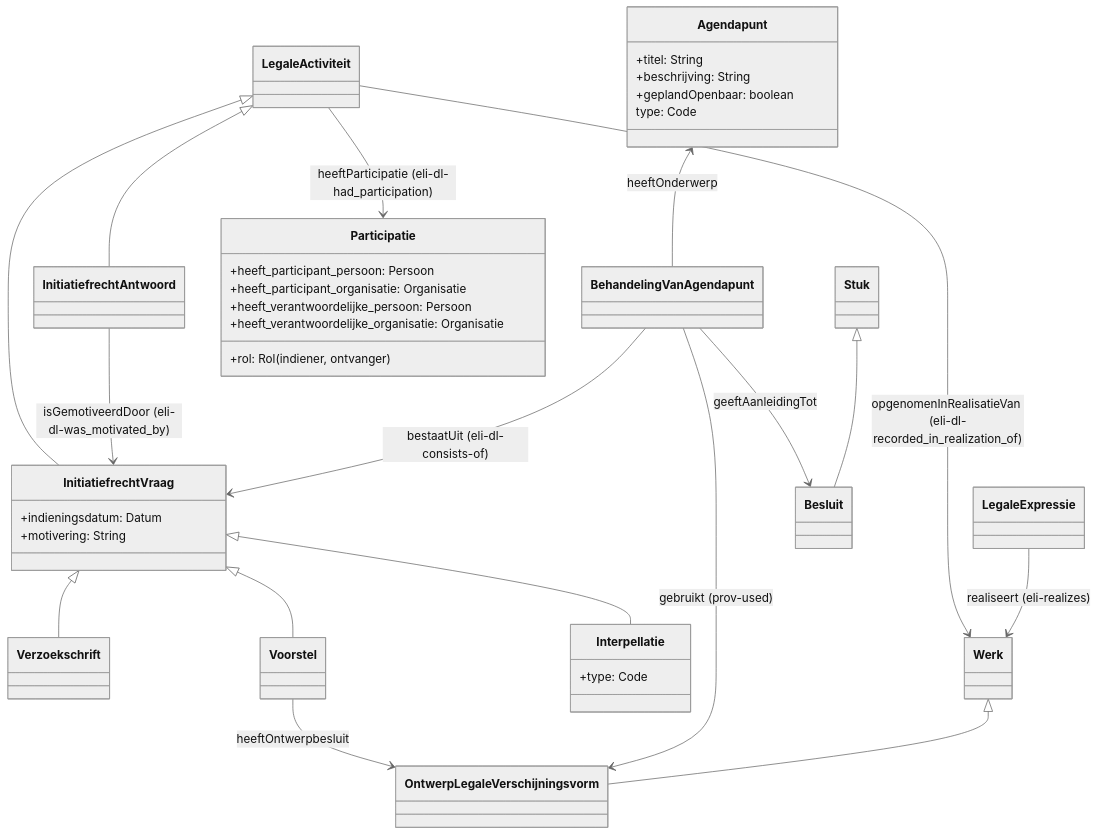
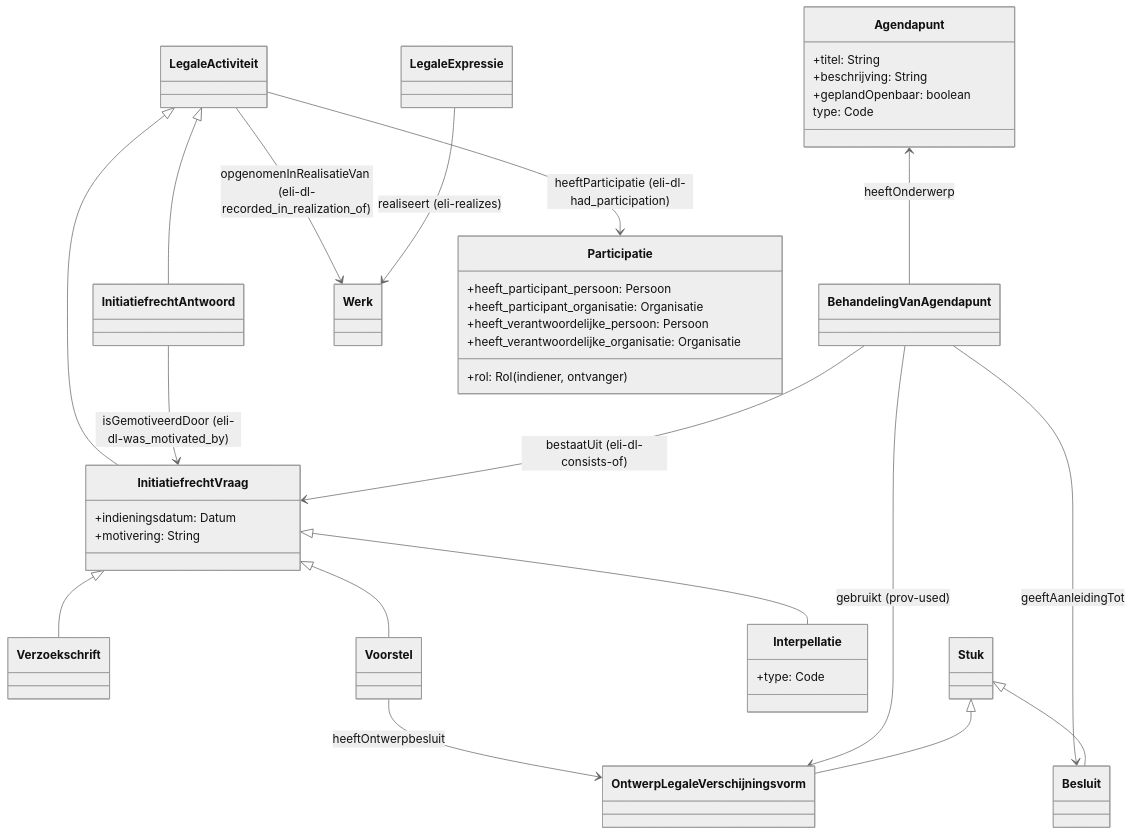
The tenth of 10 diagrams in README.md (Informatievlaanderen/OSLOthema-slimmeRaadpleegOmgeving), drawn with Mermaid (neutral theme) before and after one commit.

````diff
--- a/README.md
+++ b/README.md
@@ -358,44 +358,44 @@
 ```mermaid
 classDiagram
     Agendapunt <-- BehandelingVanAgendapunt: heeftOnderwerp
     LegaleActiviteit <|-- InitiatiefrechtVraag
     LegaleActiviteit <|-- InitiatiefrechtAntwoord
     InitiatiefrechtAntwoord --> InitiatiefrechtVraag : isGemotiveerdDoor (eli-dl-was_motivated_by)
     BehandelingVanAgendapunt --> InitiatiefrechtVraag: bestaatUit (eli-dl-consists-of)
     InitiatiefrechtVraag <|-- Verzoekschrift
     InitiatiefrechtVraag <|-- Voorstel
     InitiatiefrechtVraag <|-- Interpellatie
 
     LegaleActiviteit --> Werk: opgenomenInRealisatieVan (eli-dl-recorded_in_realization_of)
     LegaleExpressie --> Werk: realiseert (eli-realizes)
  
     Voorstel --> OntwerpLegaleVerschijningsvorm: heeftOntwerpbesluit
     LegaleActiviteit --> Participatie: heeftParticipatie (eli-dl-had_participation)
     BehandelingVanAgendapunt --> OntwerpLegaleVerschijningsvorm: gebruikt (prov-used)
     BehandelingVanAgendapunt --> Besluit: geeftAanleidingTot
     Stuk <|-- Besluit
-    Werk <|-- OntwerpLegaleVerschijningsvorm
+    Stuk <|-- OntwerpLegaleVerschijningsvorm
 
     class Agendapunt {
       +titel: String
       +beschrijving: String
       +geplandOpenbaar: boolean
       type: Code
     }
     class InitiatiefrechtVraag {
       +indieningsdatum: Datum
       +motivering: String
     }
     class Participatie {
       +heeft_participant_persoon: Persoon
       +heeft_participant_organisatie: Organisatie
       +rol: Rol (indiener, ontvanger)
       +heeft_verantwoordelijke_persoon: Persoon
      +heeft_verantwoordelijke_organisatie: Organisatie
     }
 
     class Interpellatie {
       +type: Code
     }
   
 ```
````
